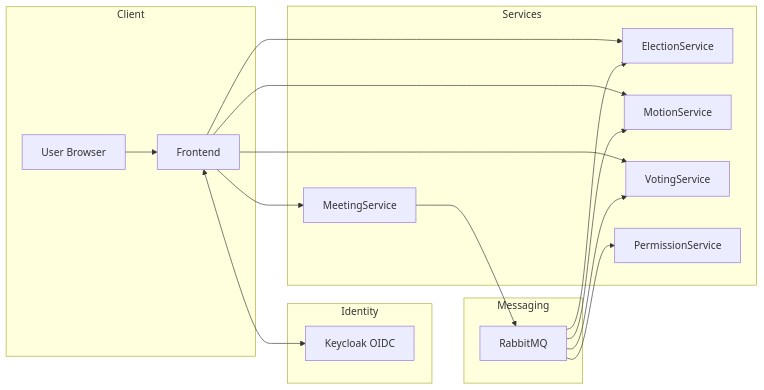
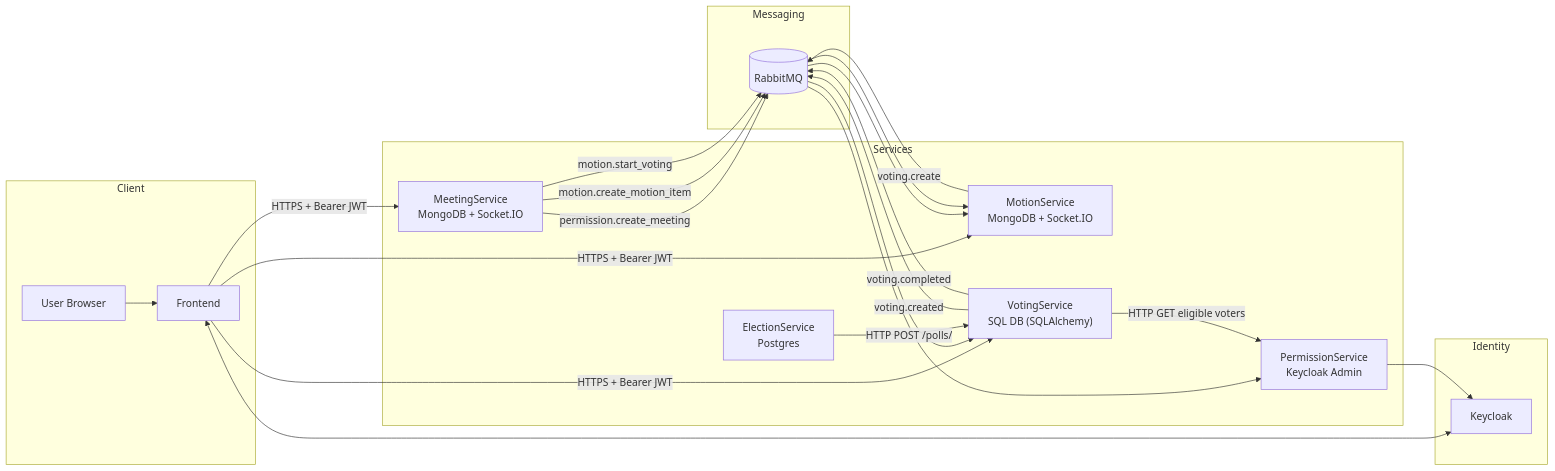
One commit to VotingM7011E/Report changed the first of 8 diagrams in README.md. Above: the diagram before and after it, drawn with Mermaid. The commit also changed other lines of this file, not shown here.

````diff
--- a/README.md
+++ b/README.md
@@ -57,36 +73,54 @@
 ```mermaid
 flowchart LR
   subgraph Client
-    U[User Browser]
-    FE[Frontend]
+    U["User Browser"]
+    FE["Frontend"]
   end
 
   subgraph Identity
-    KC[Keycloak OIDC]
+    KC["Keycloak"]
+  end
+
+  subgraph Messaging
+    RMQ[("RabbitMQ")]
   end
 
   subgraph Services
-    MS[MeetingService]
-    ES[ElectionService]
-    MOS[MotionService]
-    VS[VotingService]
-    PS[PermissionService]
-  end
-
-  subgraph Messaging
-    RMQ[RabbitMQ]
+    MS["MeetingService<br/>MongoDB + Socket.IO"]
+    PS["PermissionService<br/>Keycloak Admin"]
+    MOS["MotionService<br/>MongoDB + Socket.IO"]
+    VS["VotingService<br/>SQL DB (SQLAlchemy)"]
+    ES["ElectionService<br/>Postgres"]
   end
 
   U --> FE
-  FE --> MS
-  FE --> ES
-  FE --> MOS
-  FE --> VS
+  FE -->|"HTTPS + Bearer JWT"| MS
+  FE -->|"HTTPS + Bearer JWT"| MOS
+  FE -->|"HTTPS + Bearer JWT"| VS
   FE <--> KC
 
-  MS --> RMQ
-  RMQ --> ES
+  %% Meeting -> Permission
+  MS -->|"permission.create_meeting"| RMQ
+  RMQ --> PS
+
+  %% Meeting -> Motion
+  MS -->|"motion.create_motion_item"| RMQ
+  MS -->|"motion.start_voting"| RMQ
   RMQ --> MOS
+
+  %% Motion -> Voting
+  MOS -->|"voting.create"| RMQ
   RMQ --> VS
-  RMQ --> PS
+
+  %% Voting callbacks -> Motion
+  VS -->|"voting.created"| RMQ
+  VS -->|"voting.completed"| RMQ
+  RMQ --> MOS
+
+  %% Election currently via HTTP
+  ES -->|"HTTP POST /polls/"| VS
+
+  %% Permission roles stored in Keycloak
+  PS --> KC
+  VS -->|"HTTP GET eligible voters"| PS
 ```
````
